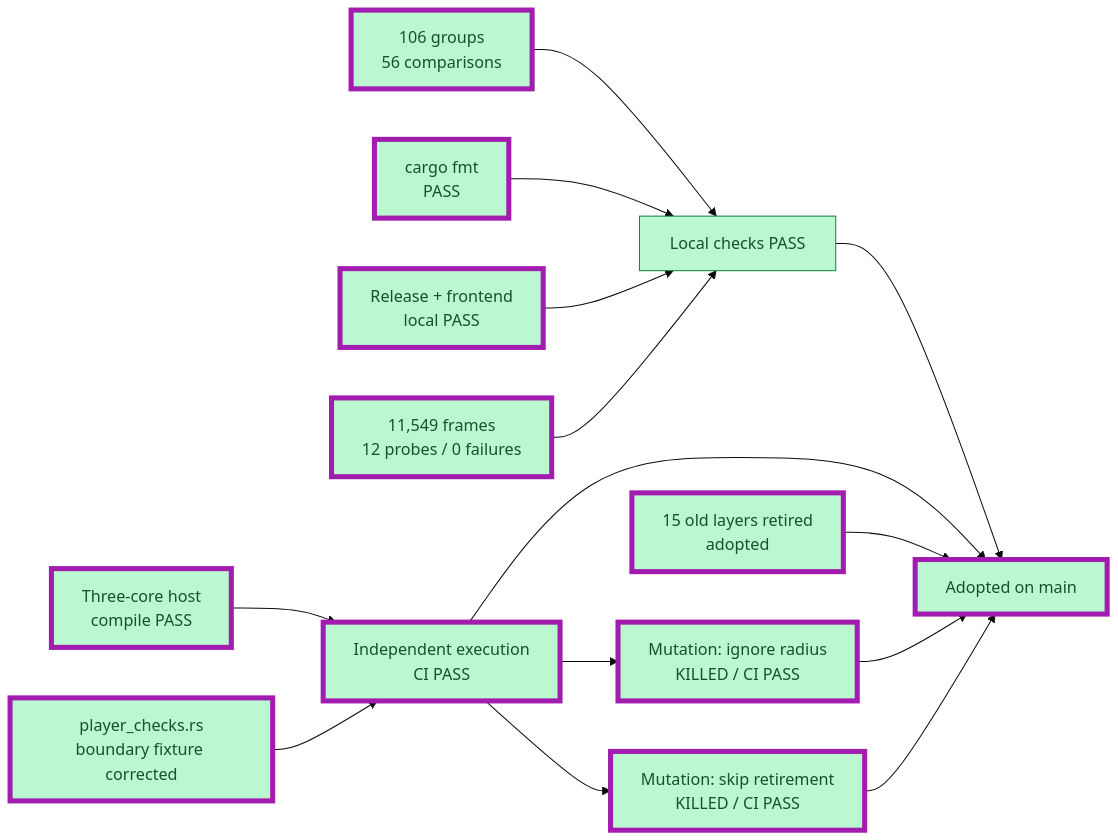
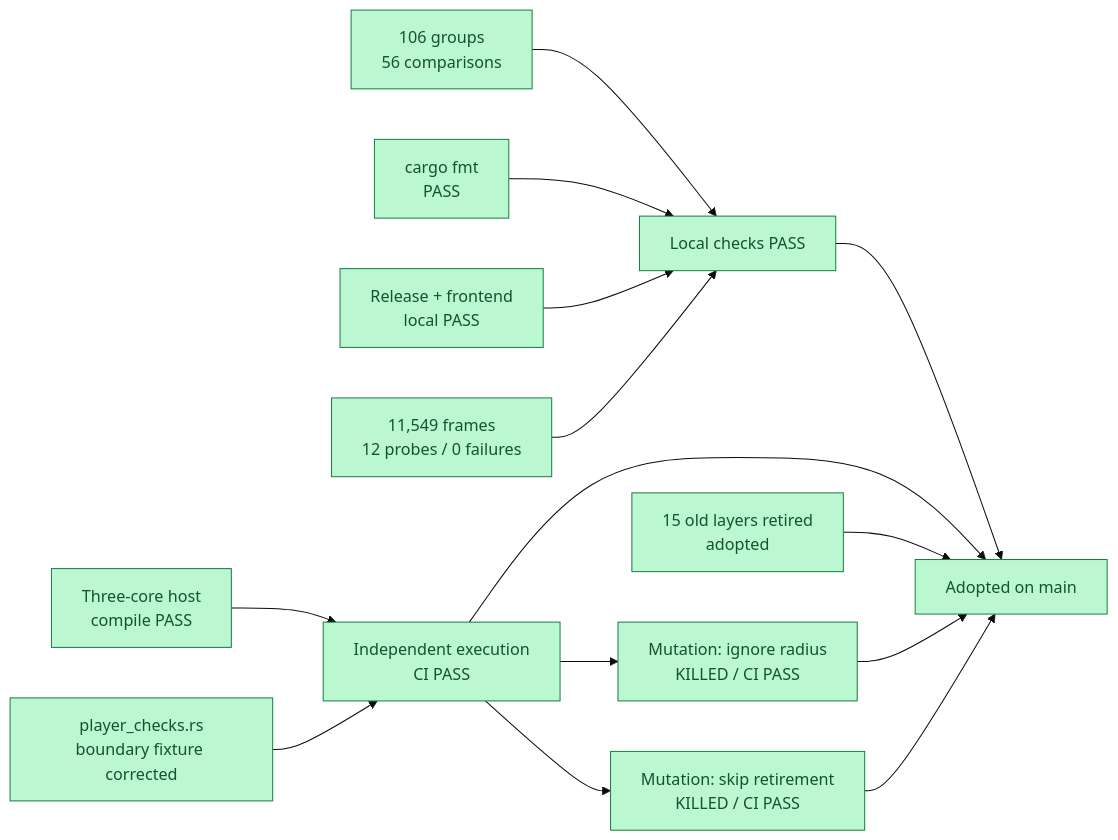
Before and after one commit to JimLundin/sm-decomp: the third of 8 diagrams in PROGRESS.md, drawn with Mermaid (base theme). The commit also changed other lines of this file and 2 other files, not shown here.

Commit message:
Record fresh mechanism references; 1020 outcomes match and declarations compile

````diff
--- a/PROGRESS.md
+++ b/PROGRESS.md
@@ -84,23 +87,22 @@
 ```mermaid
 flowchart LR
     REF["106 groups<br/>56 comparisons"]:::done --> LOCAL["Local checks PASS"]:::done
     FMT["cargo fmt<br/>PASS"]:::done --> LOCAL
     BUILD["Release + frontend<br/>local PASS"]:::done --> LOCAL
     MOVIE["11,549 frames<br/>12 probes / 0 failures"]:::done --> LOCAL
     COMPILE["Three-core host<br/>compile PASS"]:::done --> HOST["Independent execution<br/>CI PASS"]:::done
     LOCAL --> ADOPT["Adopted on main"]:::done
     HOST --> ADOPT
     RETIRE["15 old layers retired<br/>adopted"]:::done --> ADOPT
     FIX["player_checks.rs<br/>boundary fixture corrected"]:::done --> HOST
     HOST --> MUT1["Mutation: ignore radius<br/>KILLED / CI PASS"]:::done
     HOST --> MUT2["Mutation: skip retirement<br/>KILLED / CI PASS"]:::done
     MUT1 --> ADOPT
     MUT2 --> ADOPT
-    class REF,FMT,BUILD,MOVIE,COMPILE,RETIRE,FIX,MUT1,MUT2,HOST,ADOPT changed
     classDef done fill:#bbf7d0,stroke:#15803d,color:#14532d
     classDef checked fill:#bfdbfe,stroke:#2563eb,color:#1e3a8a
     classDef active fill:#fed7aa,stroke:#ea580c,color:#7c2d12
     classDef pending fill:#f1f5f9,stroke:#94a3b8,color:#475569,stroke-dasharray:5 5
     classDef failed fill:#fecaca,stroke:#dc2626,color:#7f1d1d
     classDef changed stroke:#a21caf,stroke-width:5px
 ```
````
